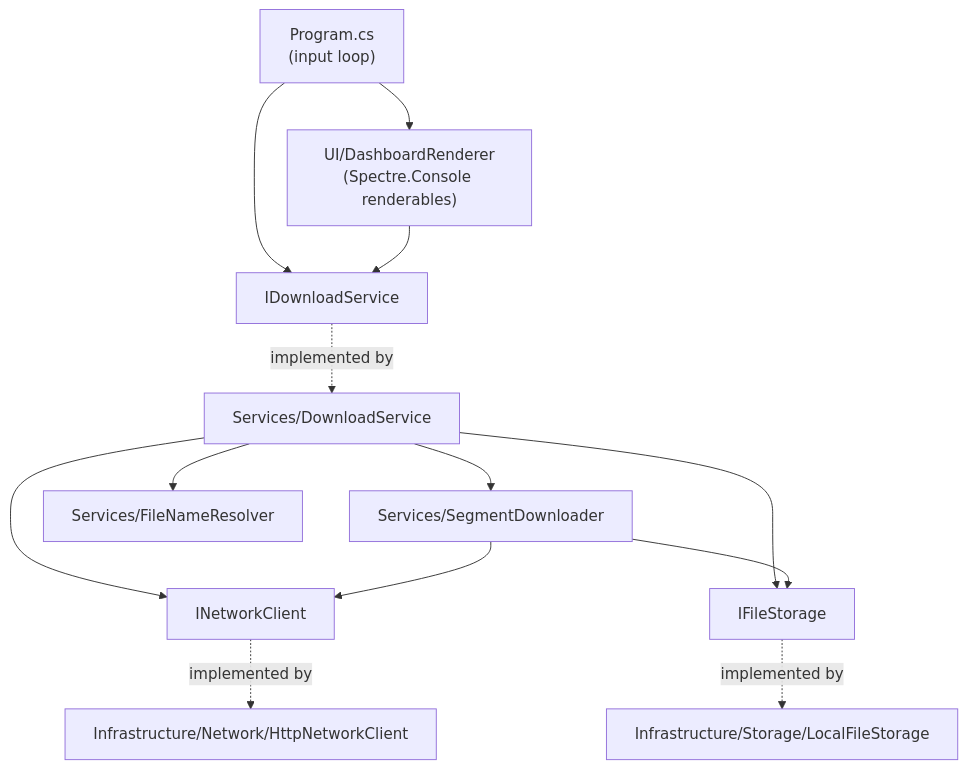
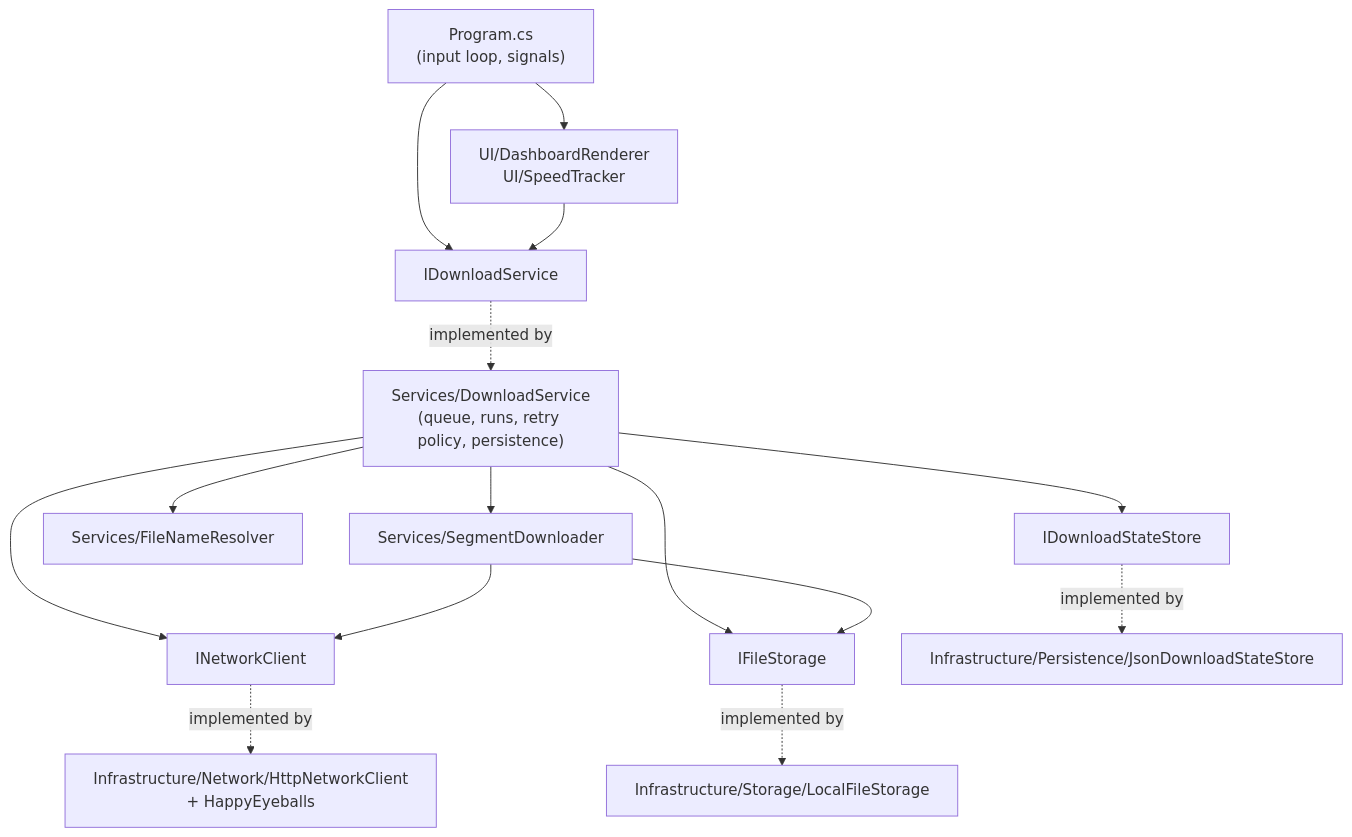
One commit to Parth2500/Sleipnir changed the first of 3 diagrams in docs/ARCHITECTURE.md. Above: the diagram before and after it, drawn with Mermaid. The commit also changed other lines of this file and 29 other files, not shown here.

First line of the commit message:
Phase 1: resume after restart, queue, speed/ETA, robust networking

````diff
--- a/docs/ARCHITECTURE.md
+++ b/docs/ARCHITECTURE.md
@@ -13,15 +14,17 @@
 ```mermaid
 flowchart TD
-    Program["Program.cs<br/>(input loop)"] --> UI["UI/DashboardRenderer<br/>(Spectre.Console renderables)"]
+    Program["Program.cs<br/>(input loop, signals)"] --> UI["UI/DashboardRenderer<br/>UI/SpeedTracker"]
     Program --> IDS["IDownloadService"]
     UI --> IDS
-    IDS -.implemented by.-> DS["Services/DownloadService"]
+    IDS -.implemented by.-> DS["Services/DownloadService<br/>(queue, runs, retry policy, persistence)"]
     DS --> SD["Services/SegmentDownloader"]
     DS --> FNR["Services/FileNameResolver"]
     DS --> INC["INetworkClient"]
     DS --> IFS["IFileStorage"]
+    DS --> ISS["IDownloadStateStore"]
     SD --> INC
     SD --> IFS
-    INC -.implemented by.-> HNC["Infrastructure/Network/HttpNetworkClient"]
+    INC -.implemented by.-> HNC["Infrastructure/Network/HttpNetworkClient<br/>+ HappyEyeballs"]
     IFS -.implemented by.-> LFS["Infrastructure/Storage/LocalFileStorage"]
+    ISS -.implemented by.-> JSS["Infrastructure/Persistence/JsonDownloadStateStore"]
 ```
````
